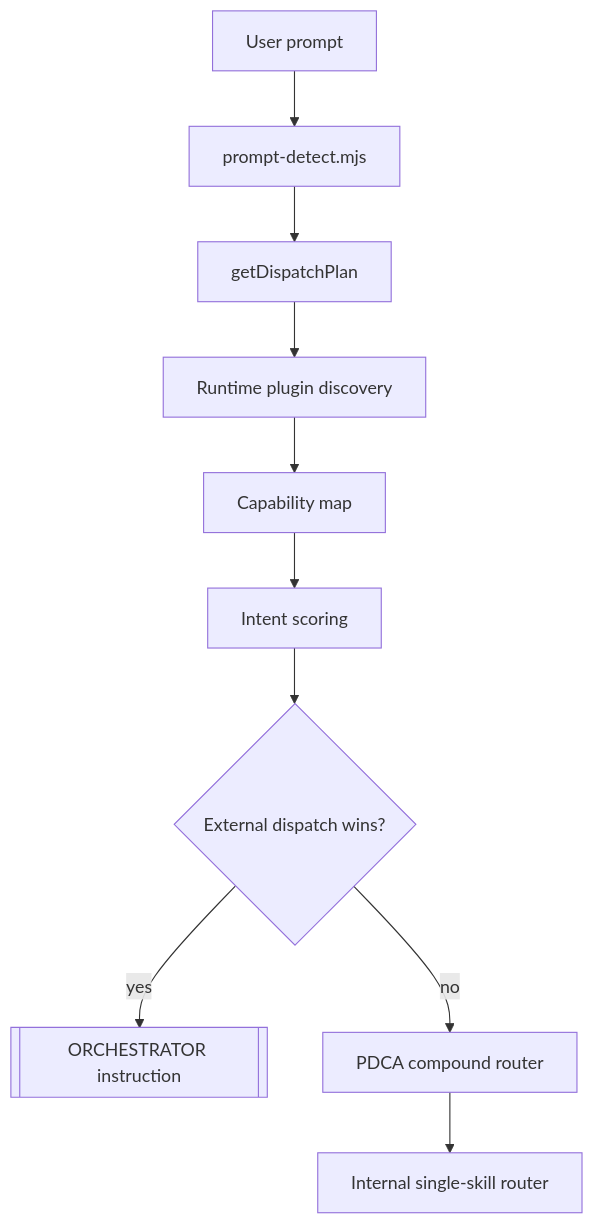
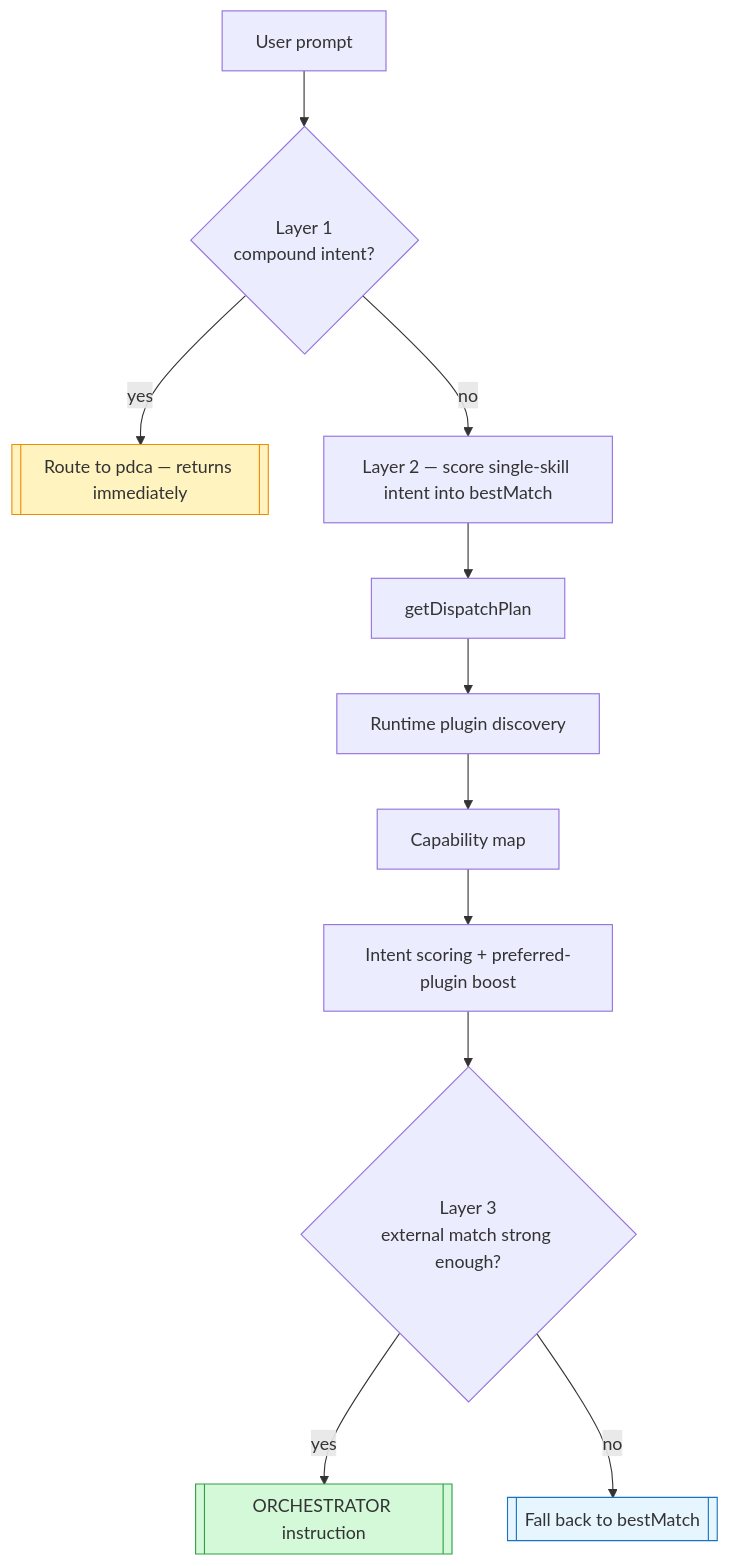
Before and after one commit to unclejobs-ai/second-claude-code: the first of 2 diagrams in docs/orchestrator-architecture.md, drawn with Mermaid. The commit also changed other lines of this file and 6 other files, not shown here.

````diff
--- a/docs/orchestrator-architecture.md
+++ b/docs/orchestrator-architecture.md
@@ -11,12 +11,17 @@
 ```mermaid
 flowchart TB
-    U[User prompt] --> H[prompt-detect.mjs]
-    H --> G[getDispatchPlan]
+    U[User prompt] --> L1{"Layer 1<br/>compound intent?"}
+    L1 -->|yes| PDCA[["Route to pdca — returns immediately"]]
+    L1 -->|no| L2["Layer 2 — score single-skill intent into bestMatch"]
+    L2 --> G[getDispatchPlan]
     G --> D[Runtime plugin discovery]
     D --> C[Capability map]
-    C --> S[Intent scoring]
-    S --> E{External dispatch wins?}
-    E -->|yes| O[[ORCHESTRATOR instruction]]
-    E -->|no| P[PDCA compound router]
-    P --> I[Internal single-skill router]
+    C --> S["Intent scoring + preferred-plugin boost"]
+    S --> L3{"Layer 3<br/>external match strong enough?"}
+    L3 -->|yes| O[["ORCHESTRATOR instruction"]]
+    L3 -->|no| I[["Fall back to bestMatch"]]
+
+    style PDCA fill:#fff3bf,stroke:#f08c00
+    style O fill:#d3f9d8,stroke:#2f9e44
+    style I fill:#e7f5ff,stroke:#1971c2
 ```
````
